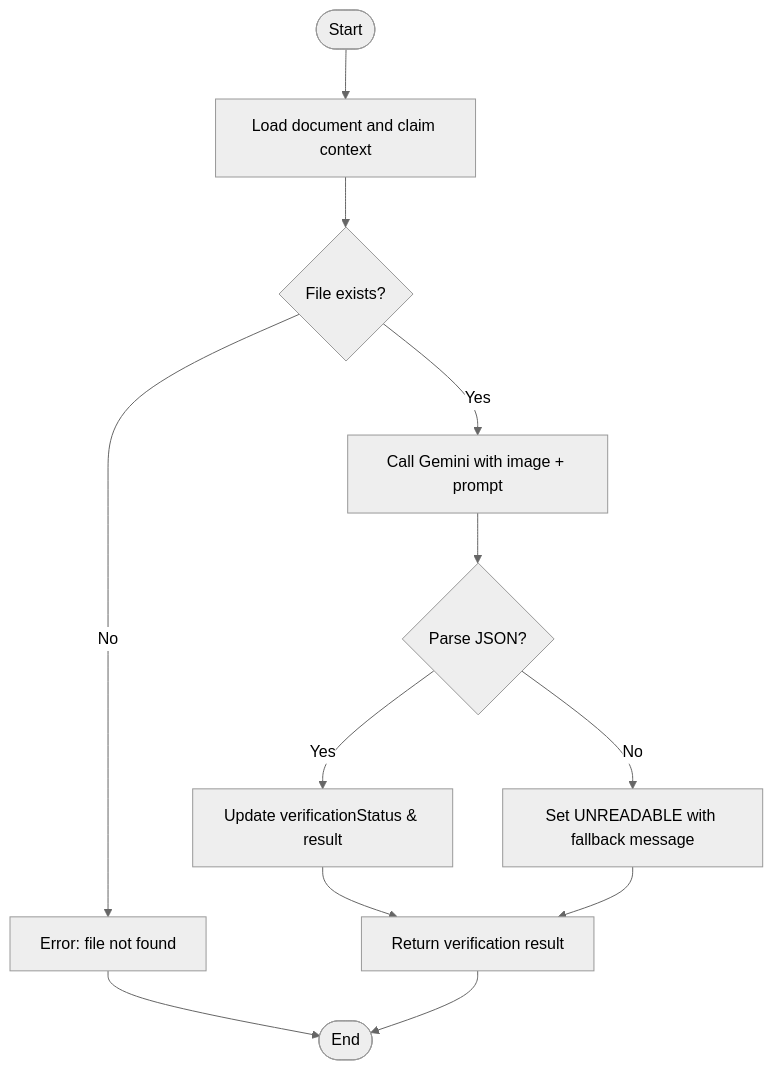
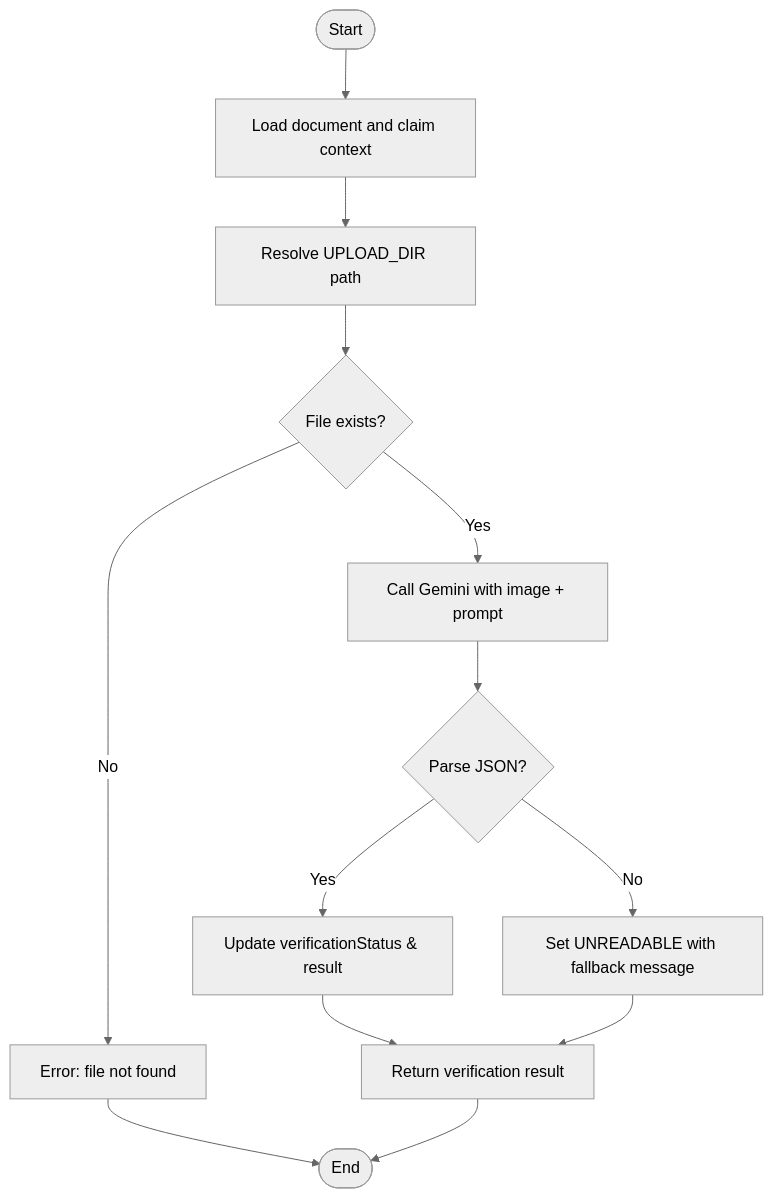
The fourth of 6 diagrams in .qoder/repowiki/en/content/Backend Documentation/Business Logic & Services/Document Verification Service.md (NaveenHiranya/Smart-Vehicle-Insurance-Claim-System), drawn with Mermaid (neutral theme) before and after one commit. The commit also changed other lines of this file and 65 other files, not shown here.

````diff
--- a/.qoder/repowiki/en/content/Backend Documentation/Business Logic & Services/Document Verification Service.md
+++ b/.qoder/repowiki/en/content/Backend Documentation/Business Logic & Services/Document Verification Service.md
@@ -268,14 +288,15 @@
 ```mermaid
 flowchart TD
 VStart(["Start"]) --> LoadDoc["Load document and claim context"]
-LoadDoc --> CheckFile{"File exists?"}
+LoadDoc --> ResolvePath["Resolve UPLOAD_DIR path"]
+ResolvePath --> CheckFile{"File exists?"}
 CheckFile --> |No| ErrDisk["Error: file not found"]
 CheckFile --> |Yes| CallAI["Call Gemini with image + prompt"]
 CallAI --> ParseJSON{"Parse JSON?"}
 ParseJSON --> |Yes| UpdateDB["Update verificationStatus & result"]
 ParseJSON --> |No| Fallback["Set UNREADABLE with fallback message"]
 UpdateDB --> ReturnRes["Return verification result"]
 Fallback --> ReturnRes
 ErrDisk --> End(["End"])
 ReturnRes --> End
 ```
````
